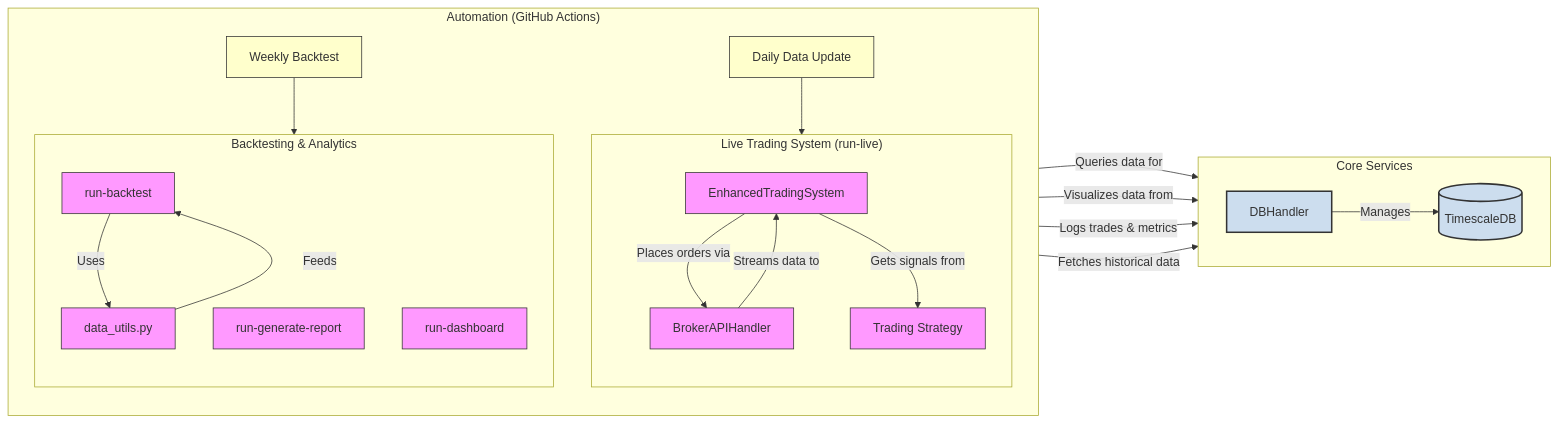
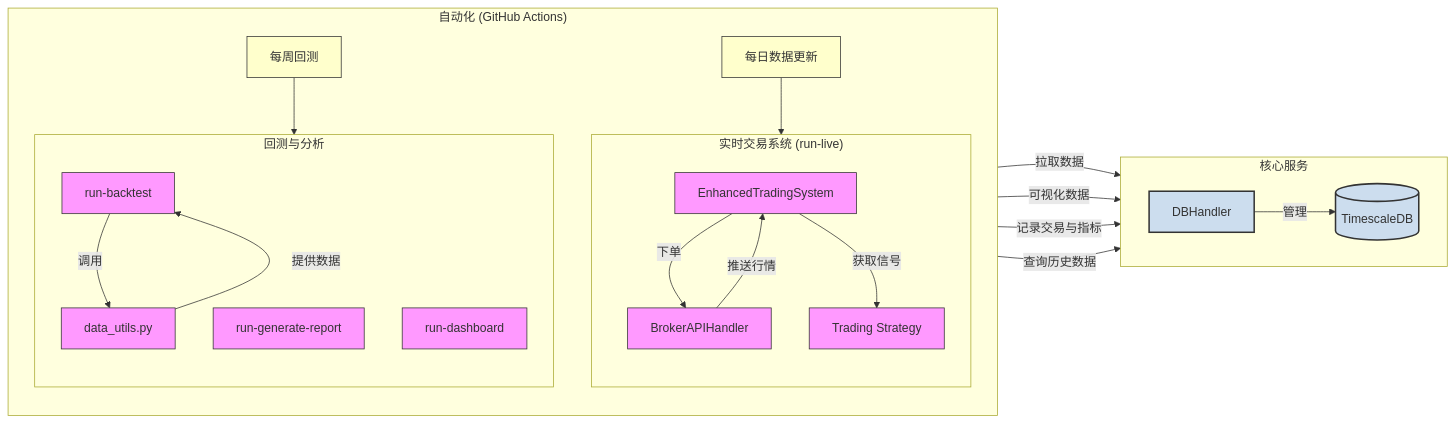
The diagram in README.md (runchengxie/intraday-trader), drawn with Mermaid before and after one commit. The commit also changed other lines of this file and 2 other files, not shown here.

````diff
--- a/README.md
+++ b/README.md
@@ -43,52 +26,52 @@
 ```mermaid
 flowchart LR
-    subgraph Core_Services["Core Services"]
+    subgraph Core_Services["核心服务"]
         direction LR
         DB_Handler[DBHandler]
         Database[(TimescaleDB)]
-        DB_Handler -- "Manages" --> Database
+        DB_Handler -- "管理" --> Database
     end
 
-    subgraph Live_Trading["Live Trading System (run-live)"]
+    subgraph Live_Trading["实时交易系统 (run-live)"]
         direction TB
         ETS[EnhancedTradingSystem]
         Broker[BrokerAPIHandler]
         Strat[Trading Strategy]
 
-        ETS -- "Places orders via" --> Broker
-        Broker -- "Streams data to" --> ETS
-        ETS -- "Gets signals from" --> Strat
+        ETS -- "下单" --> Broker
+        Broker -- "推送行情" --> ETS
+        ETS -- "获取信号" --> Strat
     end
 
-    subgraph Backtest_and_Analytics["Backtesting & Analytics"]
+    subgraph Backtest_and_Analytics["回测与分析"]
         direction TB
         BacktestScript[run-backtest]
         ReportScript[run-generate-report]
         DashboardScript[run-dashboard]
         Data_Utils[data_utils.py]
 
-        BacktestScript -- "Uses" --> Data_Utils
-        Data_Utils -- "Feeds" --> BacktestScript
+        BacktestScript -- "调用" --> Data_Utils
+        Data_Utils -- "提供数据" --> BacktestScript
     end
 
-    subgraph Automation["Automation (GitHub Actions)"]
+    subgraph Automation["自动化 (GitHub Actions)"]
         direction TB
-        Cron_Data[Daily Data Update]
-        Cron_Backtest[Weekly Backtest]
+        Cron_Data[每日数据更新]
+        Cron_Backtest[每周回测]
 
         Cron_Data --> Live_Trading
         Cron_Backtest --> Backtest_and_Analytics
     end
 
-    Live_Trading -- "Logs trades & metrics" --> DB_Handler
-    Backtest_and_Analytics -- "Fetches historical data" --> DB_Handler
-    ReportScript -- "Queries data for" --> DB_Handler
-    DashboardScript -- "Visualizes data from" --> DB_Handler
+    Live_Trading -- "记录交易与指标" --> DB_Handler
+    Backtest_and_Analytics -- "查询历史数据" --> DB_Handler
+    ReportScript -- "拉取数据" --> DB_Handler
+    DashboardScript -- "可视化数据" --> DB_Handler
 
     classDef core fill:#f9f,stroke:#333,stroke-width:1px;
     classDef db fill:#cde,stroke:#333,stroke-width:2px;
     classDef automation fill:#ffc,stroke:#333,stroke-width:1px;
     class ETS,Broker,Strat,BacktestScript,ReportScript,DashboardScript,Data_Utils core;
     class DB_Handler,Database db;
     class Cron_Data,Cron_Backtest automation;
 ```
````
